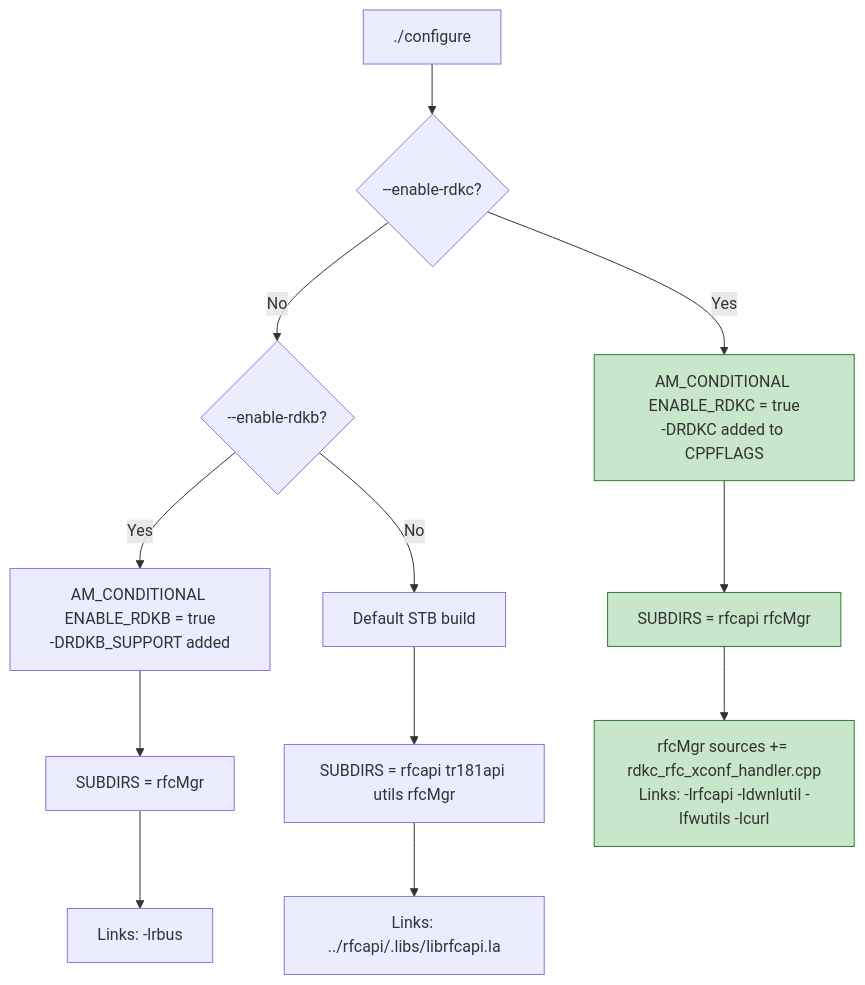
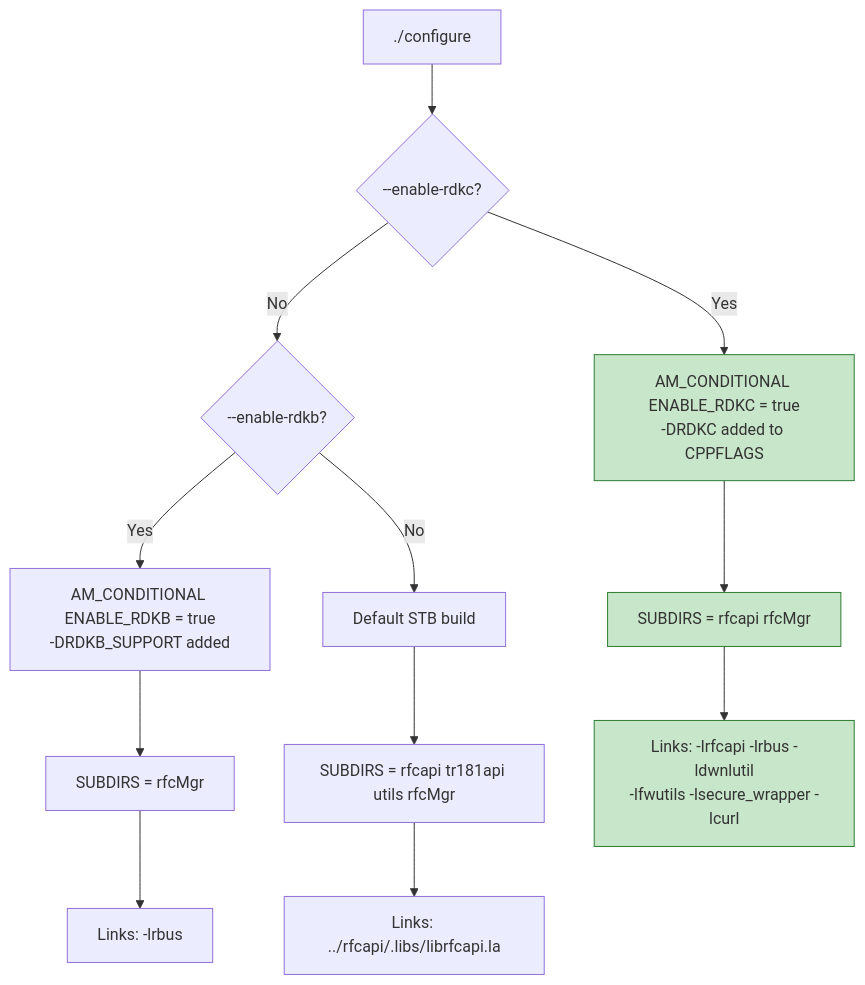
The fourth of 6 diagrams in docs/architecture.md (rdkcentral/rfc), drawn with Mermaid before and after one commit. The commit also changed other lines of this file and 3 other files, not shown here.

````diff
--- a/docs/architecture.md
+++ b/docs/architecture.md
@@ -204,20 +190,20 @@
 ```mermaid
 flowchart TD
     A["./configure"] --> B{"--enable-rdkc?"}
     B -- Yes --> C["AM_CONDITIONAL ENABLE_RDKC = true<br/>-DRDKC added to CPPFLAGS"]
     B -- No --> D{"--enable-rdkb?"}
     D -- Yes --> E["AM_CONDITIONAL ENABLE_RDKB = true<br/>-DRDKB_SUPPORT added"]
     D -- No --> F["Default STB build"]
 
     C --> G["SUBDIRS = rfcapi rfcMgr"]
     E --> H["SUBDIRS = rfcMgr"]
     F --> I["SUBDIRS = rfcapi tr181api utils rfcMgr"]
 
-    G --> J["rfcMgr sources += rdkc_rfc_xconf_handler.cpp<br/>Links: -lrfcapi -ldwnlutil -lfwutils -lcurl"]
+    G --> J["Links: -lrfcapi -lrbus -ldwnlutil<br/>-lfwutils -lsecure_wrapper -lcurl"]
     H --> K["Links: -lrbus"]
     I --> L["Links: ../rfcapi/.libs/librfcapi.la"]
 
     style C fill:#c8e6c9,stroke:#2e7d32
     style G fill:#c8e6c9,stroke:#2e7d32
     style J fill:#c8e6c9,stroke:#2e7d32
 ```
````
